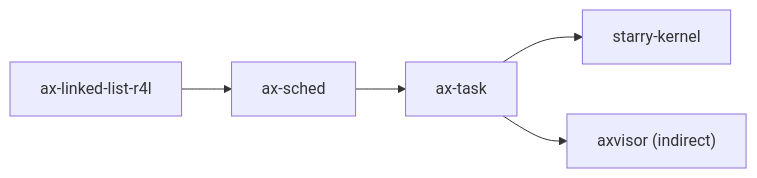
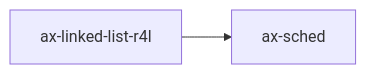
Before and after one commit to rcore-os/tgoskits: the diagram in docs/docs/components/crates/ax-sched.md, drawn with Mermaid. The commit also changed other lines of this file and 430 other files, not shown here.

````diff
--- a/docs/docs/components/crates/ax-sched.md
+++ b/docs/docs/components/crates/ax-sched.md
@@ -65,7 +68,4 @@
 ```mermaid
 graph LR
     linked_list["ax-linked-list-r4l"] --> axsched["ax-sched"]
-    axsched --> ax-task["ax-task"]
-    ax-task --> starry["starry-kernel"]
-    ax-task --> axvisor["axvisor (indirect)"]
 ```
````
